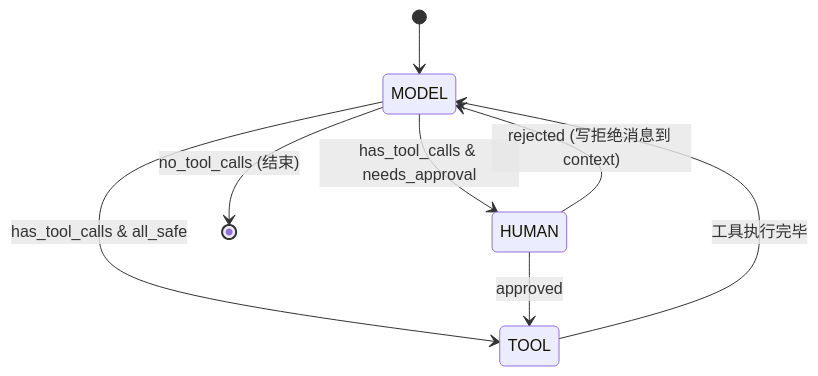
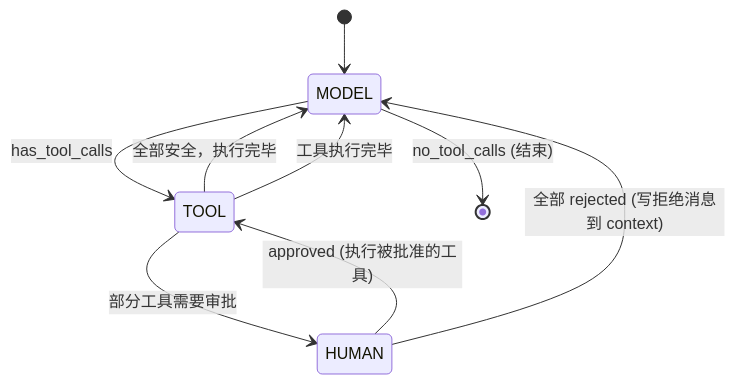
The diagram in 会话重构.md (7801943/myagent), drawn with Mermaid before and after one commit. The commit also changed other lines of this file and 25 other files, not shown here.

````diff
--- a/会话重构.md
+++ b/会话重构.md
@@ -47,10 +47,11 @@
 ```mermaid
 stateDiagram-v2
     [*] --> MODEL
-    MODEL --> TOOL : has_tool_calls & all_safe
-    MODEL --> HUMAN : has_tool_calls & needs_approval
+    MODEL --> TOOL : has_tool_calls
     MODEL --> [*] : no_tool_calls (结束)
-    HUMAN --> TOOL : approved
-    HUMAN --> MODEL : rejected (写拒绝消息到 context)
+    TOOL --> MODEL : 全部安全，执行完毕
+    TOOL --> HUMAN : 部分工具需要审批
+    HUMAN --> TOOL : approved (执行被批准的工具)
+    HUMAN --> MODEL : 全部 rejected (写拒绝消息到 context)
     TOOL --> MODEL : 工具执行完毕
 ```
````
